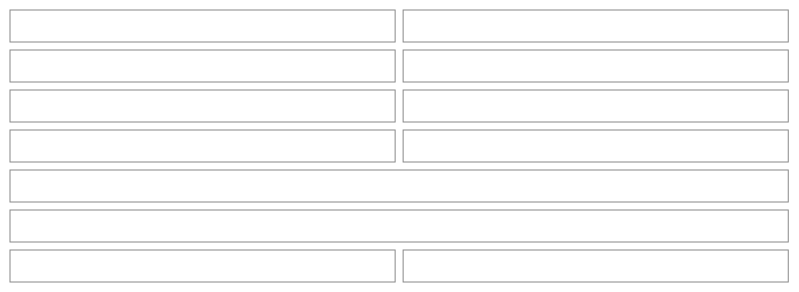
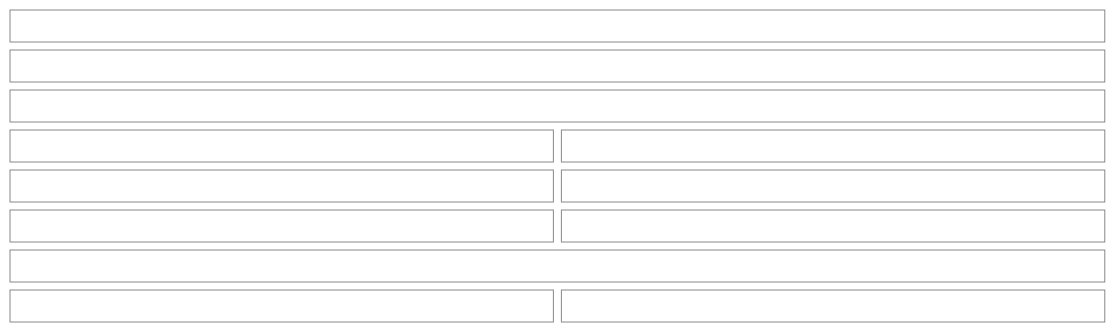
One commit to NovaMoonX/moondreams-dev-apps changed the ninth of 57 diagrams in src/apps/pinch/UX.md. Above: the diagram before and after it, drawn with Mermaid. The commit also changed other lines of this file and 123 other files, not shown here.

````diff
--- a/src/apps/pinch/UX.md
+++ b/src/apps/pinch/UX.md
@@ -318,29 +358,29 @@
 ```mermaid
 %%{init: {'theme': 'base', 'themeVariables': {'primaryColor': 'transparent', 'primaryBorderColor': '#888888', 'primaryTextColor': '#333333', 'lineColor': '#888888'}}}%%
 block-beta
   columns 2
-  P1["‹ Back"]:1
-  P2["🍝 Dinner · Taco night"]:1
-  P3["Adobo chicken"]:1
-  P4["2 servings · $6.40"]:1
-  P5["Cilantro lime rice"]:1
-  P6["2 servings · $2.70"]:1
-  P7["Salsa"]:1
-  P8["1 serving · $0.80"]:1
-  P9["Cost $9.90 ⚠ · 🔥 640 · 💪 48g (for the plate, when on)"]:2
-  P10["Remove from this day"]:2
+  P1["‹ Back"]:2
+  P2["🍝 Dinner · Taco night"]:2
+  P3["ON THE PLATE"]:2
+  P4["Adobo chicken · 2 servings · (✓) Mark as cooked"]:1
+  P5["$6.40"]:1
+  P6["Cilantro lime rice · 2 servings · (✓) Mark as cooked"]:1
+  P7["$2.70+"]:1
+  P8["Salsa · 1 serving"]:1
+  P9["—"]:1
+  P10["Cost $9.10 so far ⚠ · 🔥 640 · 💪 48g (for the plate, when on)"]:2
   P11["Modify"]:1
-  P12["Start cooking (today) · nothing ahead, cooked or past"]:1
+  P12["⋯ · Start cooking or Eat from fridge (today) · nothing ahead, cooked or past"]:1
   style P1 fill:transparent,stroke:#888888,stroke-width:1px;
   style P2 fill:transparent,stroke:#888888,stroke-width:1px;
   style P3 fill:transparent,stroke:#888888,stroke-width:1px;
   style P4 fill:transparent,stroke:#888888,stroke-width:1px;
   style P5 fill:transparent,stroke:#888888,stroke-width:1px;
   style P6 fill:transparent,stroke:#888888,stroke-width:1px;
   style P7 fill:transparent,stroke:#888888,stroke-width:1px;
   style P8 fill:transparent,stroke:#888888,stroke-width:1px;
   style P9 fill:transparent,stroke:#888888,stroke-width:1px;
   style P10 fill:transparent,stroke:#888888,stroke-width:1px;
   style P11 fill:transparent,stroke:#888888,stroke-width:1px;
   style P12 fill:transparent,stroke:#888888,stroke-width:1px;
 ```
````
